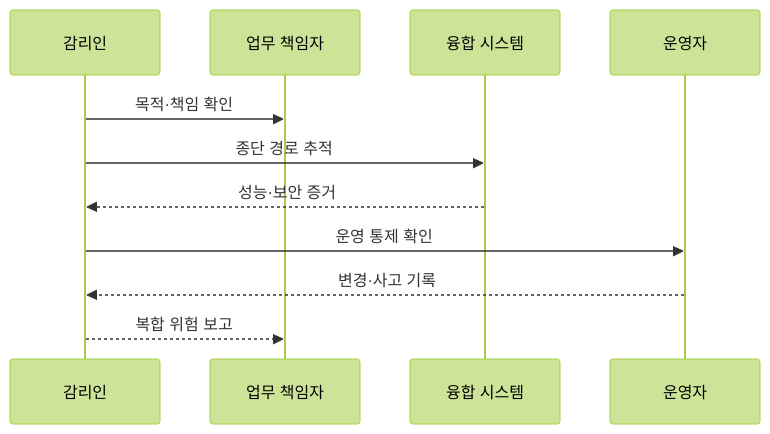
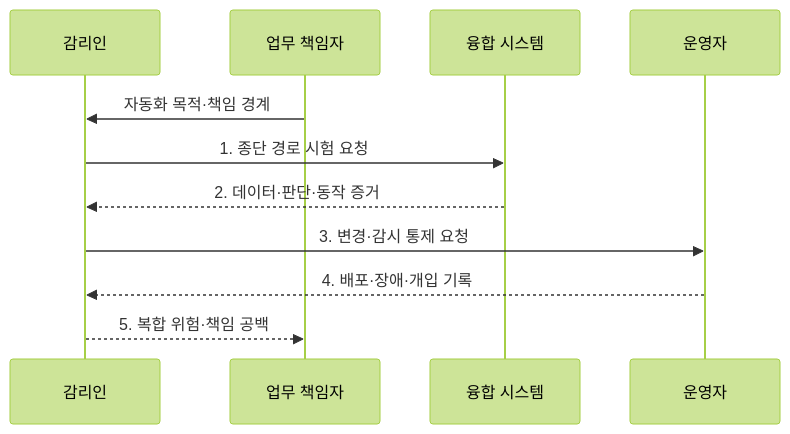
Before and after one commit to agnusdei1207/knowledge-base: the second of 2 diagrams in src/content/docs/notes/06-evaluation/046_intelligent_it_audit.md, drawn with Mermaid (forest theme). The commit also changed other lines of this file and 9 other files, not shown here.

````diff
--- a/src/content/docs/notes/06-evaluation/046_intelligent_it_audit.md
+++ b/src/content/docs/notes/06-evaluation/046_intelligent_it_audit.md
@@ -83,13 +86,13 @@
 ```mermaid
 sequenceDiagram
     participant A as 감리인
     participant B as 업무 책임자
     participant S as 융합 시스템
     participant O as 운영자
-    A->>B: 목적·책임 확인
-    A->>S: 종단 경로 추적
-    S-->>A: 성능·보안 증거
-    A->>O: 운영 통제 확인
-    O-->>A: 변경·사고 기록
-    A-->>B: 복합 위험 보고
+    B->>A: 자동화 목적·책임 경계
+    A->>S: 1. 종단 경로 시험 요청
+    S-->>A: 2. 데이터·판단·동작 증거
+    A->>O: 3. 변경·감시 통제 요청
+    O-->>A: 4. 배포·장애·개입 기록
+    A-->>B: 5. 복합 위험·책임 공백
 ```
````
